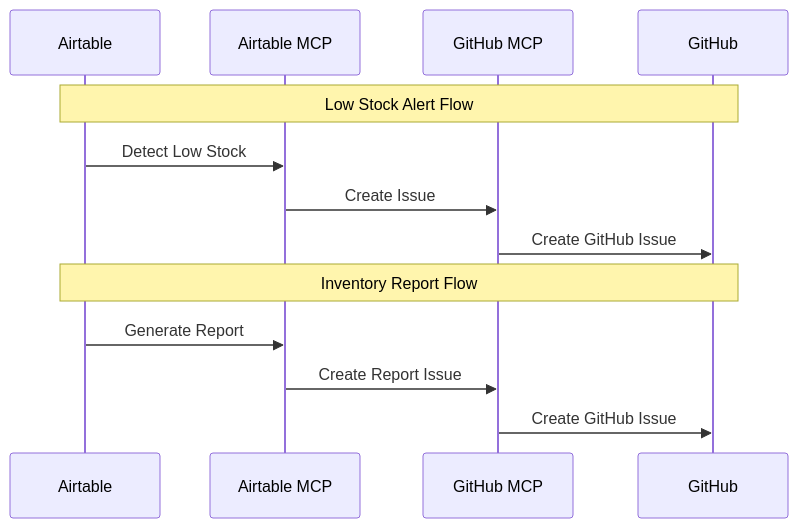
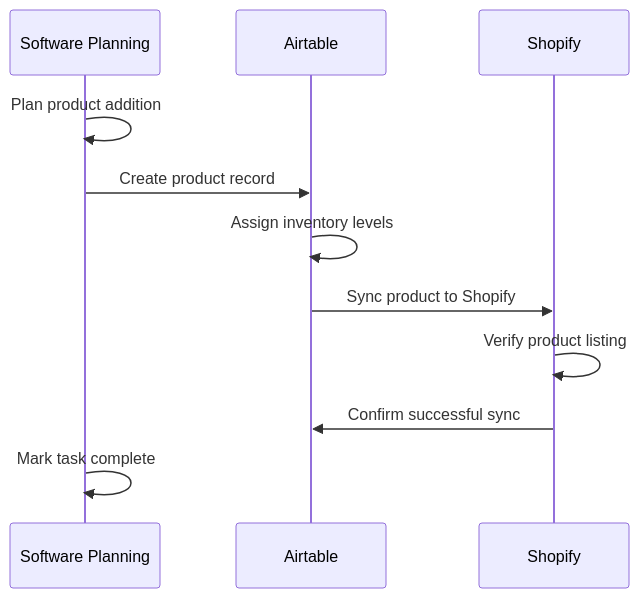
One commit to madezmedia/different-not-less changed the second of 4 diagrams in memory-bank/mcp/mcp-inventory-management.md. Above: the diagram before and after it, drawn with Mermaid. The commit also changed other lines of this file and 1 other file, not shown here.

Commit message:
Add detailed documentation for Software Planning MCP and inventory management

````diff
--- a/memory-bank/mcp/mcp-inventory-management.md
+++ b/memory-bank/mcp/mcp-inventory-management.md
@@ -783,17 +114,14 @@
 ```mermaid
 sequenceDiagram
-    participant A as Airtable
-    participant AM as Airtable MCP
-    participant GM as GitHub MCP
-    participant G as GitHub
+    participant SP as Software Planning
+    participant AT as Airtable
+    participant SH as Shopify
     
-    Note over A,G: Low Stock Alert Flow
-    A->>AM: Detect Low Stock
-    AM->>GM: Create Issue
-    GM->>G: Create GitHub Issue
-    
-    Note over A,G: Inventory Report Flow
-    A->>AM: Generate Report
-    AM->>GM: Create Report Issue
-    GM->>G: Create GitHub Issue
+    SP->>SP: Plan product addition
+    SP->>AT: Create product record
+    AT->>AT: Assign inventory levels
+    AT->>SH: Sync product to Shopify
+    SH->>SH: Verify product listing
+    SH->>AT: Confirm successful sync
+    SP->>SP: Mark task complete
 ```
````
